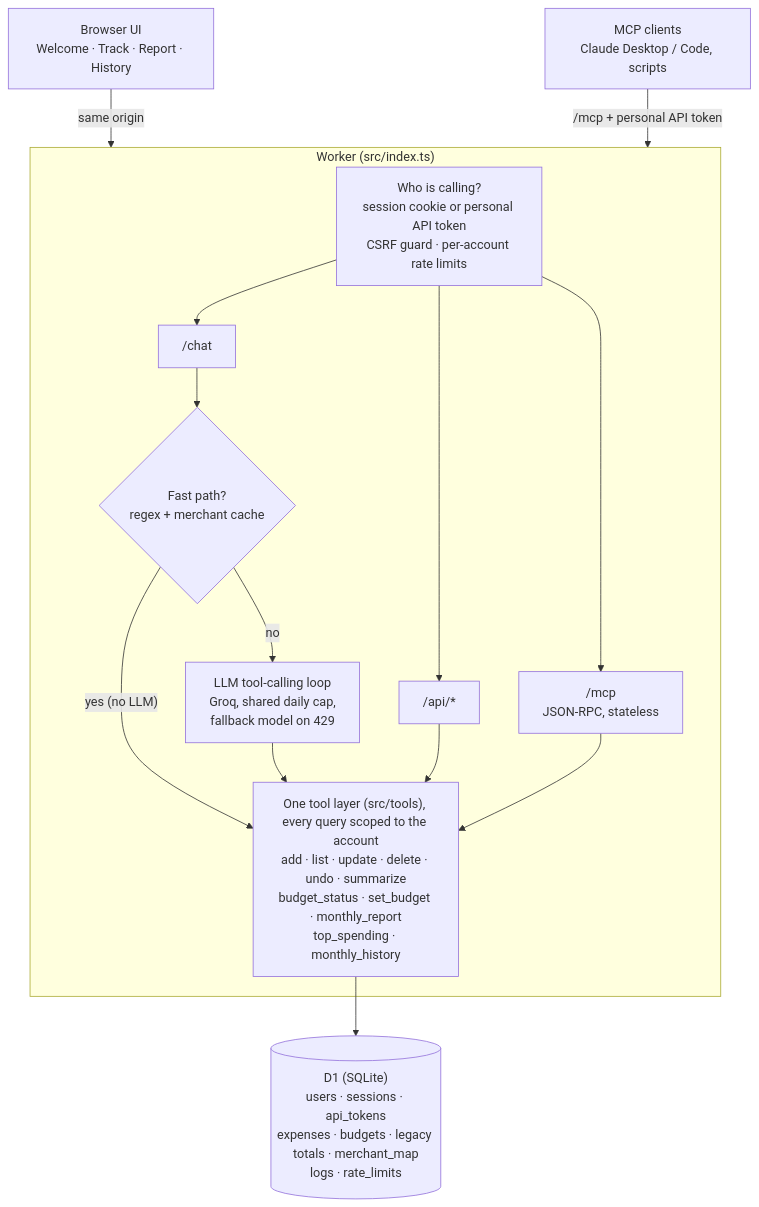
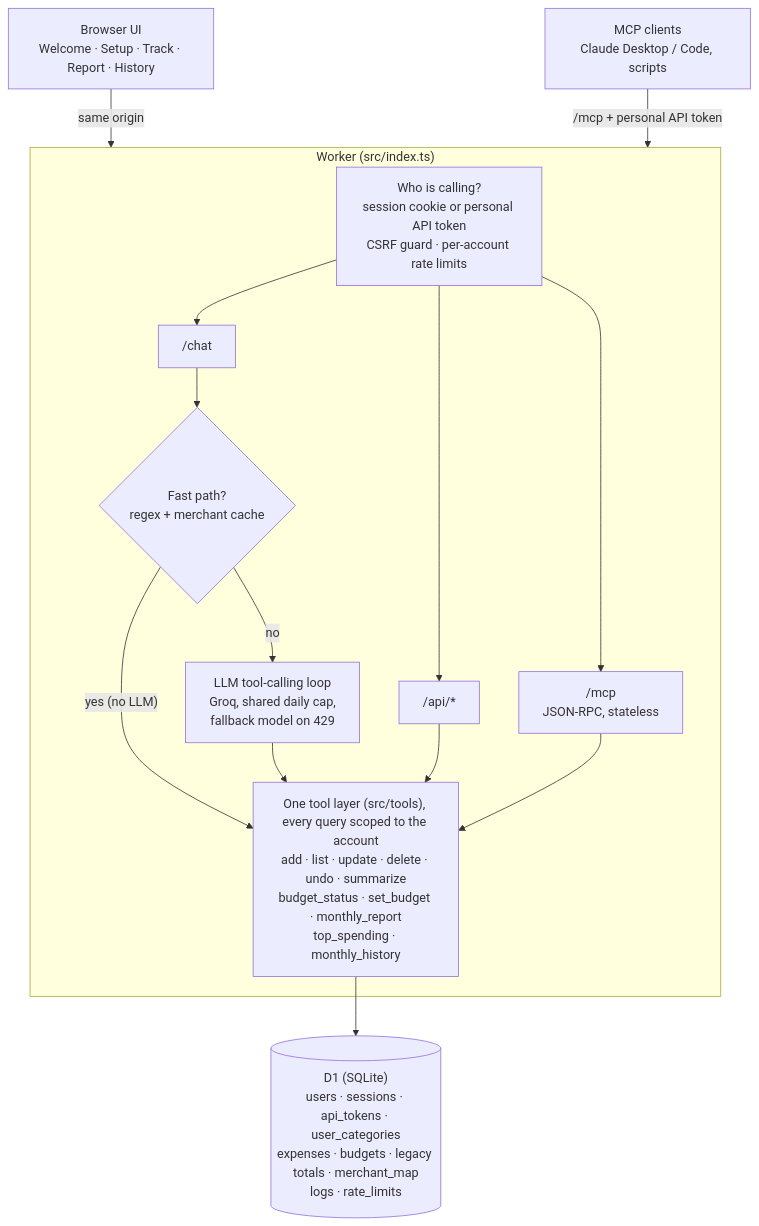
One commit to Yehia3A/expense-agent changed the diagram in README.md. Above: the diagram before and after it, drawn with Mermaid. The commit also changed other lines of this file and 1 other file, not shown here.

````diff
--- a/README.md
+++ b/README.md
@@ -9,19 +33,19 @@
 ```mermaid
 flowchart TD
-  B["Browser UI<br/>Welcome · Track · Report · History"] -->|same origin| W
+  B["Browser UI<br/>Welcome · Setup · Track · Report · History"] -->|same origin| W
   M["MCP clients<br/>Claude Desktop / Code, scripts"] -->|"/mcp + personal API token"| W
   subgraph W["Worker (src/index.ts)"]
     G["Who is calling?<br/>session cookie or personal API token<br/>CSRF guard · per-account rate limits"]
     G --> C["/chat"]
     G --> P["/api/*"]
     G --> X["/mcp<br/>JSON-RPC, stateless"]
     C --> F{"Fast path?<br/>regex + merchant cache"}
     F -->|"yes (no LLM)"| T
     F -->|no| L["LLM tool-calling loop<br/>Groq, shared daily cap,<br/>fallback model on 429"]
     L --> T
     P --> T
     X --> T
     T["One tool layer (src/tools), every query scoped to the account<br/>add · list · update · delete · undo · summarize<br/>budget_status · set_budget · monthly_report<br/>top_spending · monthly_history"]
   end
-  T --> D[("D1 (SQLite)<br/>users · sessions · api_tokens<br/>expenses · budgets · legacy totals · merchant_map<br/>logs · rate_limits")]
+  T --> D[("D1 (SQLite)<br/>users · sessions · api_tokens · user_categories<br/>expenses · budgets · legacy totals · merchant_map<br/>logs · rate_limits")]
 ```
````
